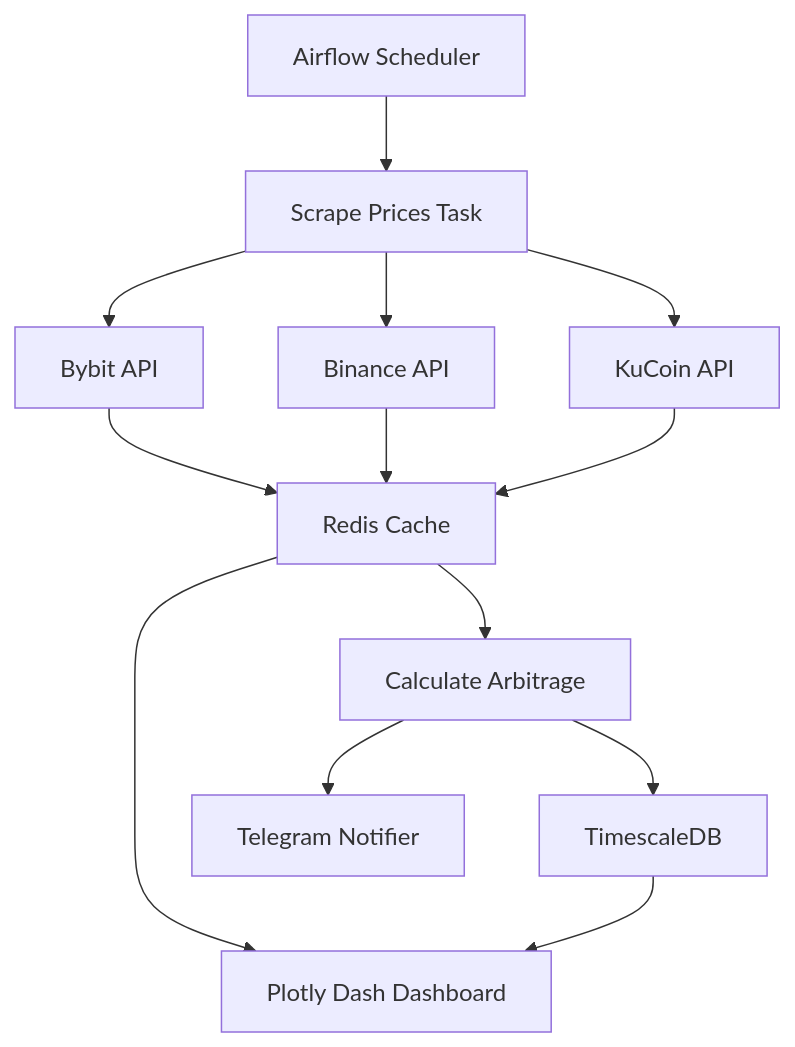
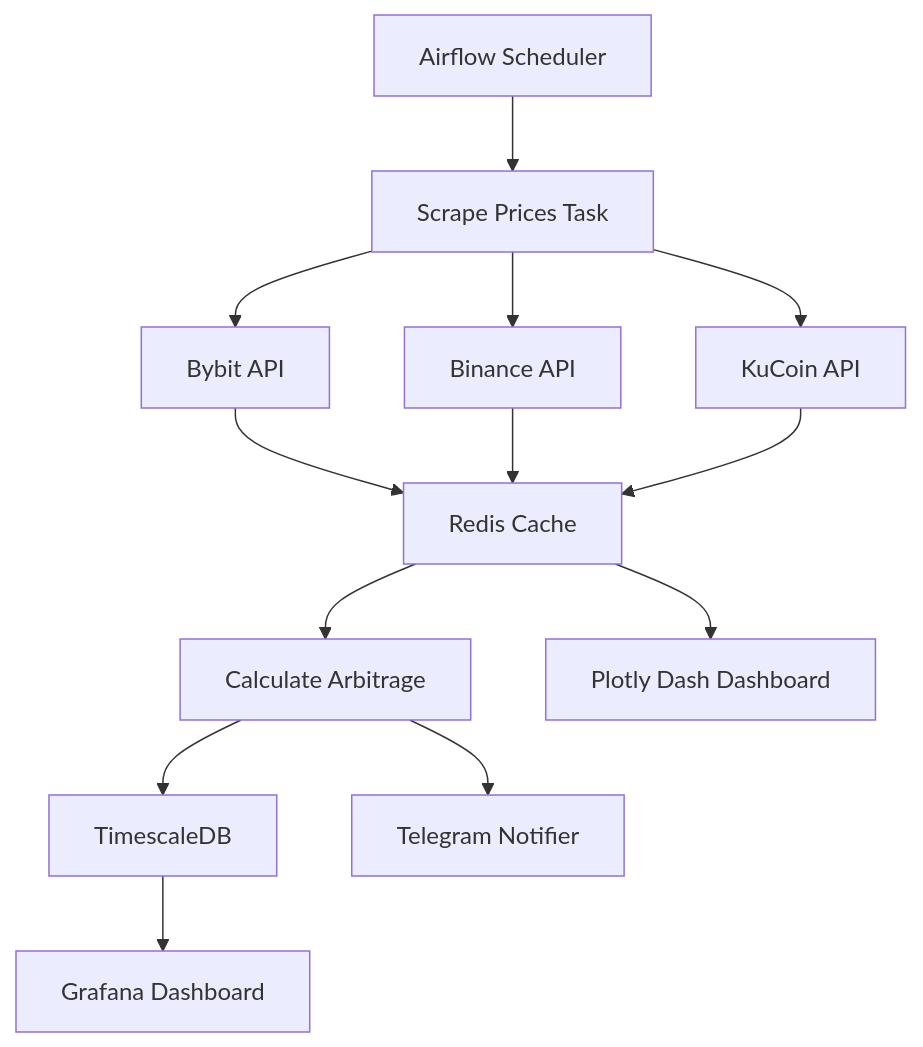
The diagram in README.md (toru-watanabe/crypto-arbitrage-monitor), drawn with Mermaid before and after one commit. The commit also changed other lines of this file and 1 other file, not shown here.

````diff
--- a/README.md
+++ b/README.md
@@ -28,15 +30,15 @@
 ```mermaid
 graph TB
     A[Airflow Scheduler] --> B[Scrape Prices Task]
     B --> C1[Bybit API]
     B --> C2[Binance API]
     B --> C3[KuCoin API]
     C1 --> D[Redis Cache]
     C2 --> D
     C3 --> D
     D --> E[Calculate Arbitrage]
     E --> F[TimescaleDB]
     E --> G[Telegram Notifier]
     D --> H[Plotly Dash Dashboard]
-    F --> H
+    F --> I[Grafana Dashboard]
 ```
````
